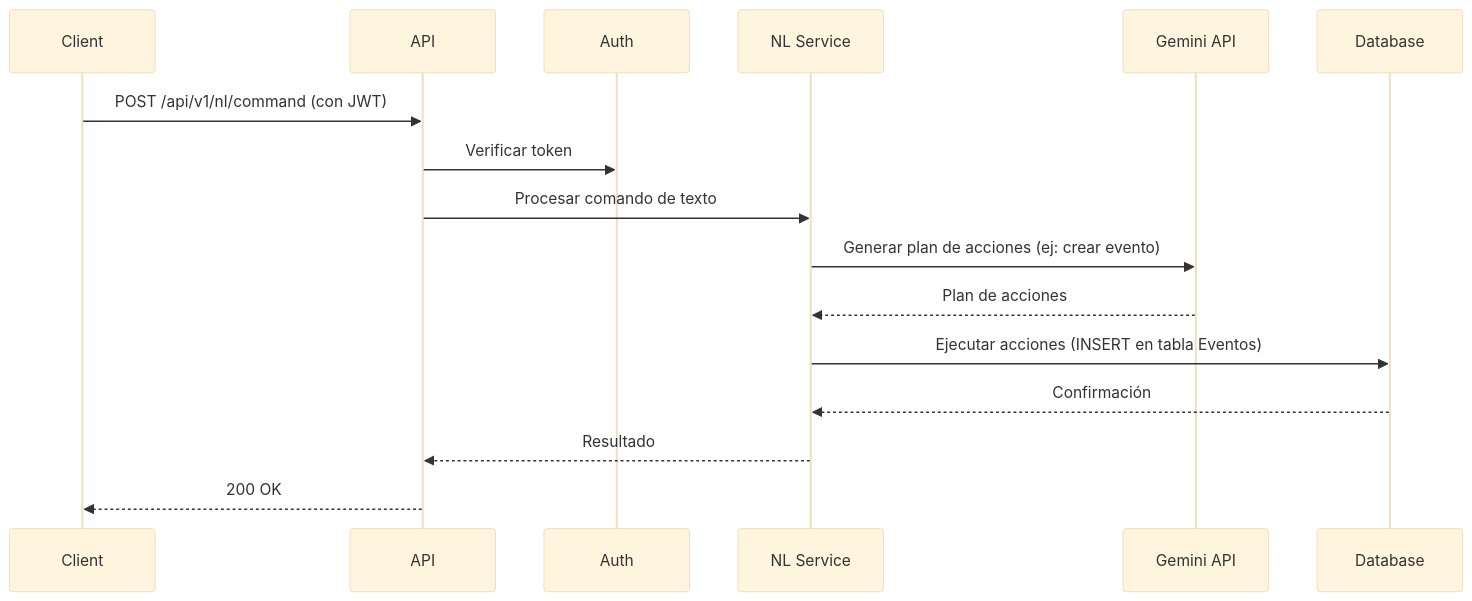
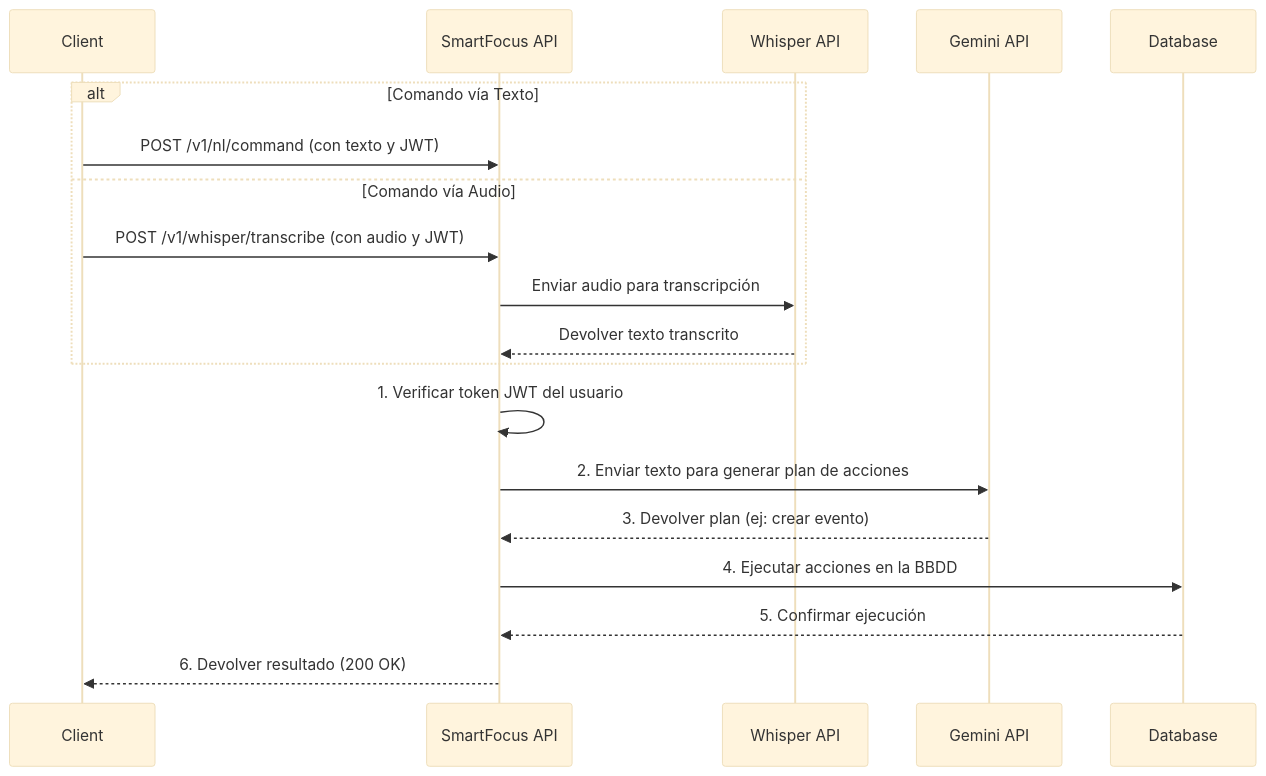
Before and after one commit to InakiMerino0/smartfocusBackend: the second of 2 diagrams in README.md, drawn with Mermaid (base theme).

Commit message:
Update sequence diagram for command flow

````diff
--- a/README.md
+++ b/README.md
@@ -87,12 +87,24 @@
 ```mermaid
 sequenceDiagram
-    Client->>API: POST /api/v1/nl/command (con JWT)
-    API->>Auth: Verificar token
-    API->>NL Service: Procesar comando de texto
-    NL Service->>Gemini API: Generar plan de acciones (ej: crear evento)
-    Gemini API-->>NL Service: Plan de acciones
-    NL Service->>Database: Ejecutar acciones (INSERT en tabla Eventos)
-    Database-->>NL Service: Confirmación
-    NL Service-->>API: Resultado
-    API-->>Client: 200 OK
+    participant Client
+    participant SmartFocus API
+    participant Whisper API
+    participant Gemini API
+    participant Database
+
+    alt Comando vía Texto
+        Client->>SmartFocus API: POST /v1/nl/command (con texto y JWT)
+    else Comando vía Audio
+        Client->>SmartFocus API: POST /v1/whisper/transcribe (con audio y JWT)
+        SmartFocus API->>Whisper API: Enviar audio para transcripción
+        Whisper API-->>SmartFocus API: Devolver texto transcrito
+    end
+
+    %% --- El flujo común de procesamiento comienza aquí ---
+    SmartFocus API->>SmartFocus API: 1. Verificar token JWT del usuario
+    SmartFocus API->>Gemini API: 2. Enviar texto para generar plan de acciones
+    Gemini API-->>SmartFocus API: 3. Devolver plan (ej: crear evento)
+    SmartFocus API->>Database: 4. Ejecutar acciones en la BBDD
+    Database-->>SmartFocus API: 5. Confirmar ejecución
+    SmartFocus API-->>Client: 6. Devolver resultado (200 OK)
 ```
````
